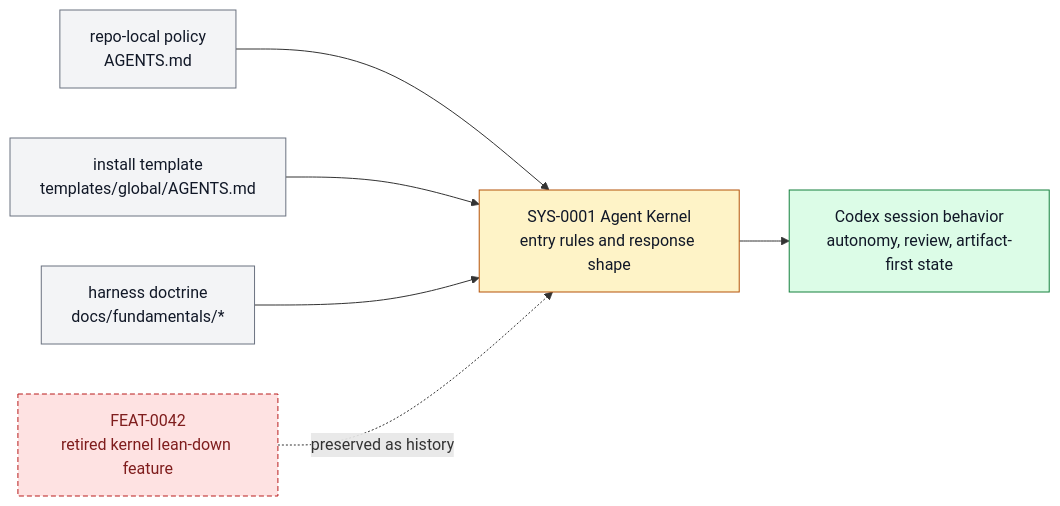
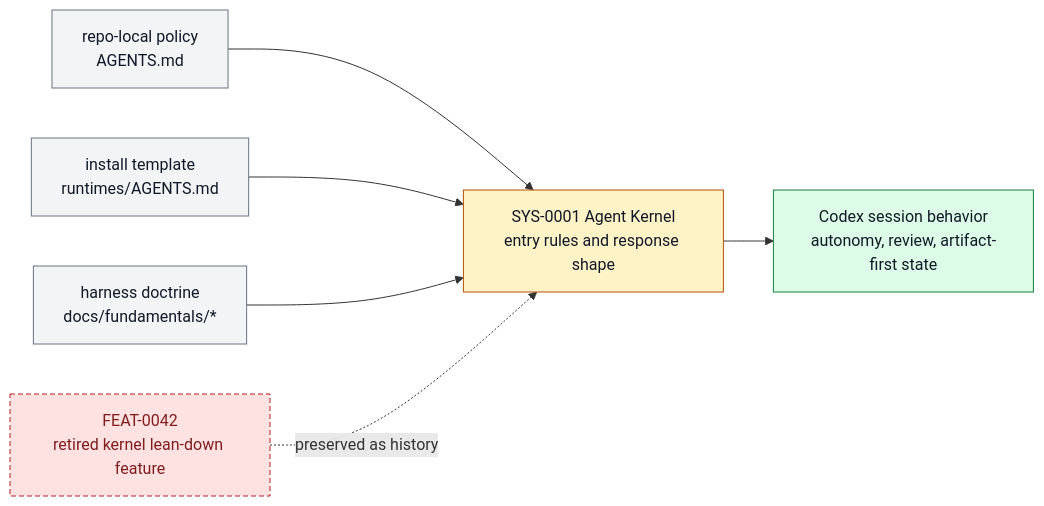
Before and after one commit to ZanarkandTechnologies/Farplane: the diagram in docs/systems/agent-kernel.md, drawn with Mermaid. The commit also changed other lines of this file and 223 other files, not shown here.

````diff
--- a/docs/systems/agent-kernel.md
+++ b/docs/systems/agent-kernel.md
@@ -148,20 +148,20 @@
 ```mermaid
 flowchart LR
   classDef keep fill:#f3f4f6,stroke:#6b7280,color:#111827
   classDef changed fill:#fef3c7,stroke:#b45309,color:#111827
   classDef added fill:#dcfce7,stroke:#15803d,color:#111827
   classDef retired fill:#fee2e2,stroke:#b91c1c,color:#7f1d1d,stroke-dasharray: 5 3
 
   repo["repo-local policy<br/>AGENTS.md"]:::keep
-  global["install template<br/>templates/global/AGENTS.md"]:::keep
+  global["install template<br/>runtimes/AGENTS.md"]:::keep
   doctrine["harness doctrine<br/>docs/fundamentals/*"]:::keep
   kernel["SYS-0001 Agent Kernel<br/>entry rules and response shape"]:::changed
   retired["FEAT-0042<br/>retired kernel lean-down feature"]:::retired
   session["Codex session behavior<br/>autonomy, review, artifact-first state"]:::added
 
   repo --> kernel
   global --> kernel
   doctrine --> kernel
   retired -. "preserved as history" .-> kernel
   kernel --> session
 ```
````
